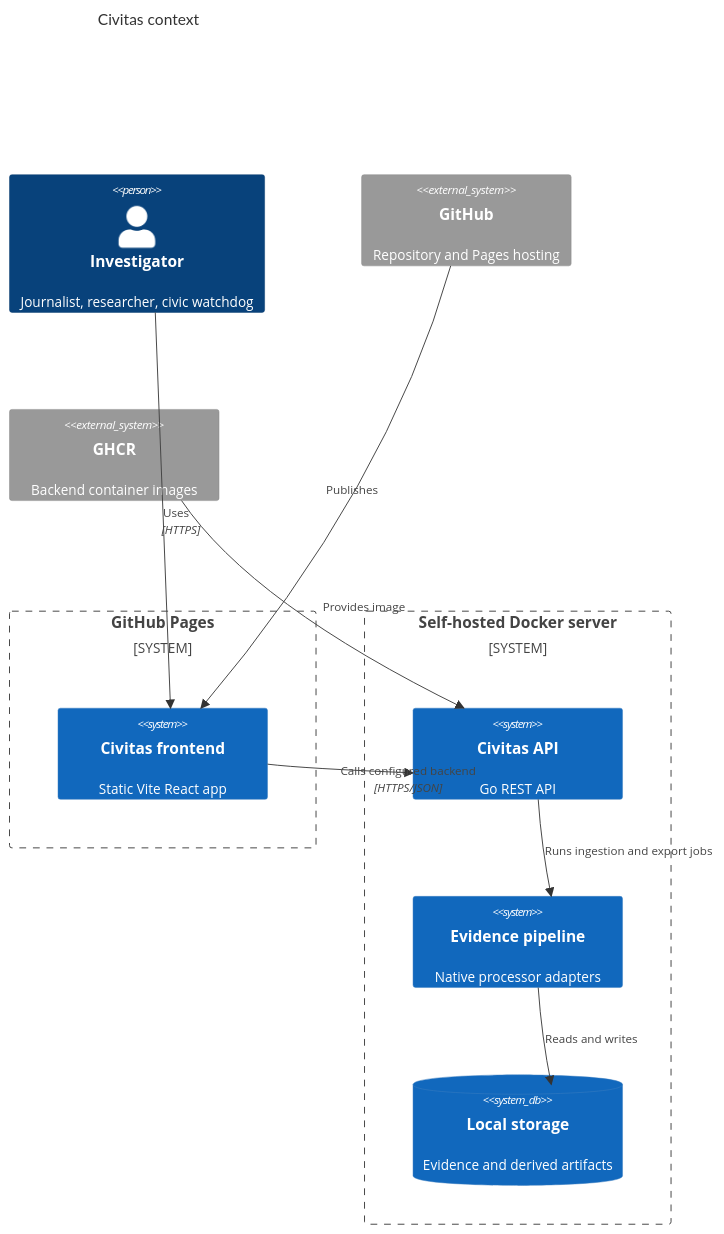
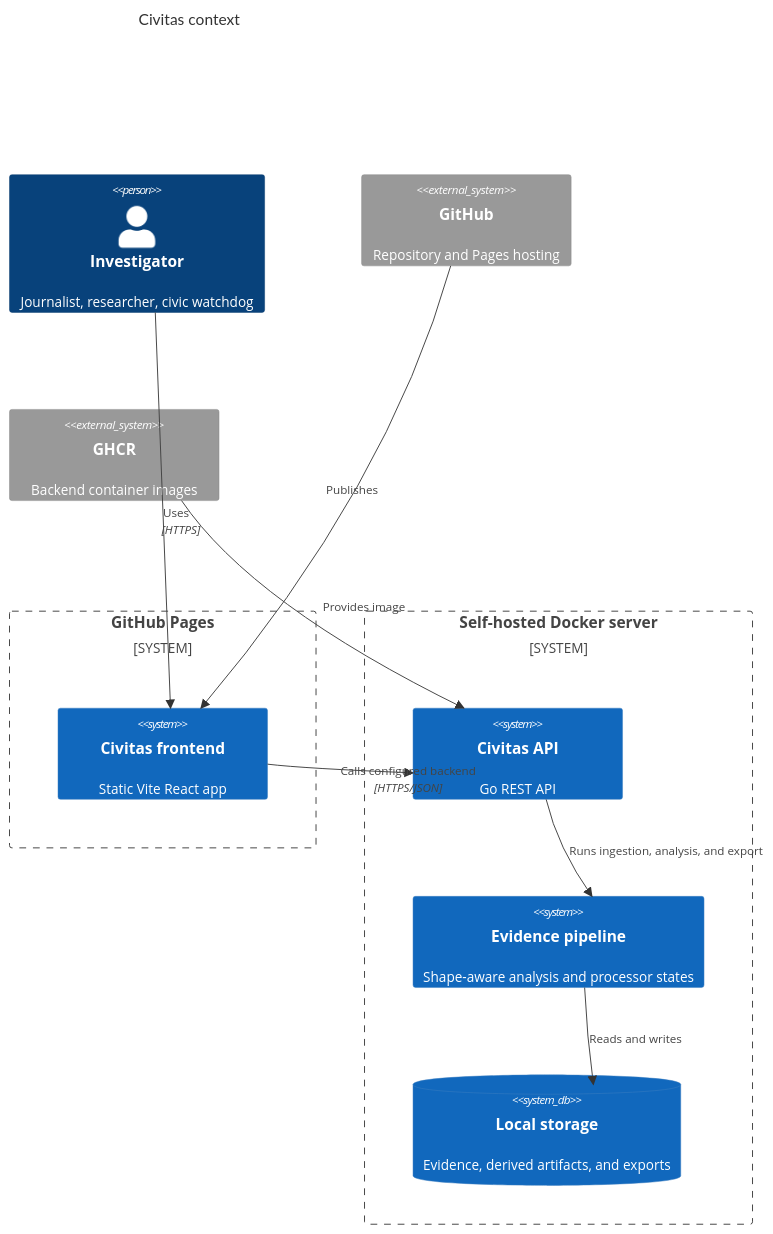
Before and after one commit to baditaflorin/civitas: the first of 2 diagrams in docs/architecture.md, drawn with Mermaid. The commit also changed other lines of this file and 28 other files, not shown here.

````diff
--- a/docs/architecture.md
+++ b/docs/architecture.md
@@ -13,21 +13,21 @@
 ```mermaid
 C4Context
   title Civitas context
   Person(investigator, "Investigator", "Journalist, researcher, civic watchdog")
   System_Boundary(pages, "GitHub Pages") {
     System(frontend, "Civitas frontend", "Static Vite React app")
   }
   System_Boundary(server, "Self-hosted Docker server") {
     System(api, "Civitas API", "Go REST API")
-    System(pipeline, "Evidence pipeline", "Native processor adapters")
-    SystemDb(storage, "Local storage", "Evidence and derived artifacts")
+    System(pipeline, "Evidence pipeline", "Shape-aware analysis and processor states")
+    SystemDb(storage, "Local storage", "Evidence, derived artifacts, and exports")
   }
   System_Ext(github, "GitHub", "Repository and Pages hosting")
   System_Ext(ghcr, "GHCR", "Backend container images")
   Rel(investigator, frontend, "Uses", "HTTPS")
   Rel(frontend, api, "Calls configured backend", "HTTPS/JSON")
-  Rel(api, pipeline, "Runs ingestion and export jobs")
+  Rel(api, pipeline, "Runs ingestion, analysis, and export")
   Rel(pipeline, storage, "Reads and writes")
   Rel(github, frontend, "Publishes")
   Rel(ghcr, api, "Provides image")
 ```
````
